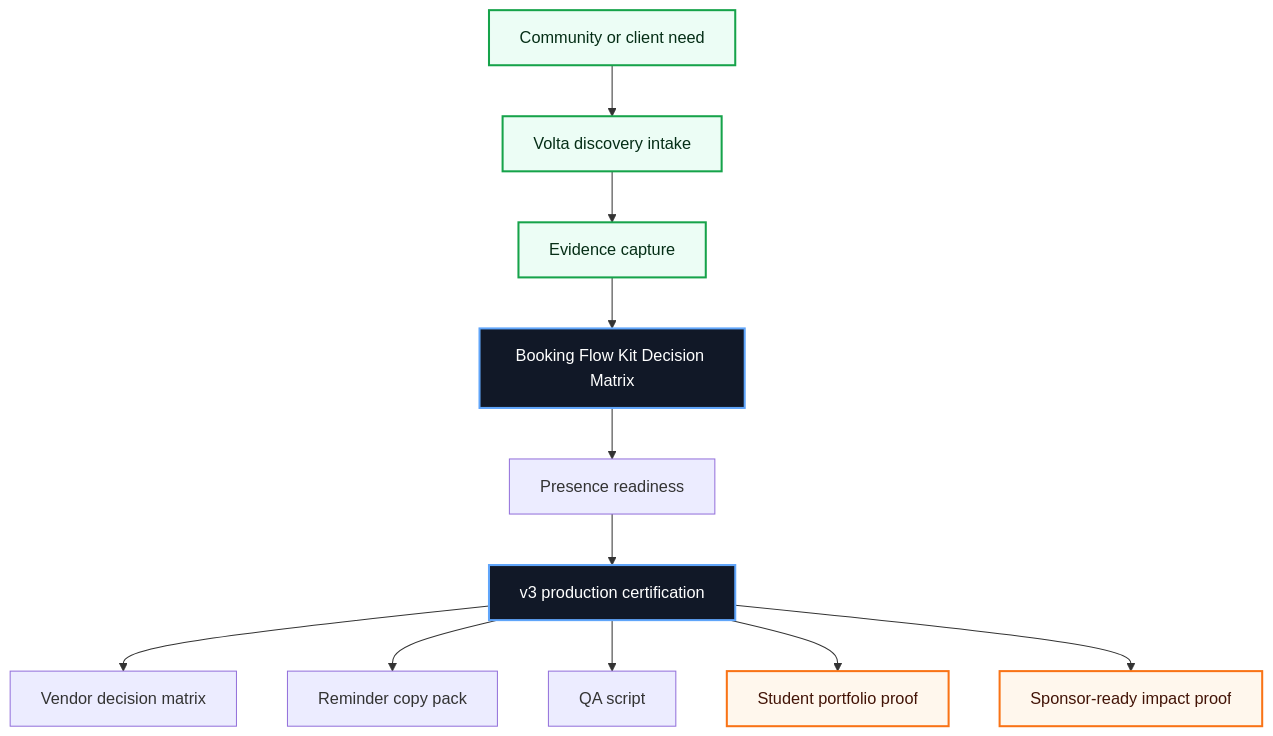
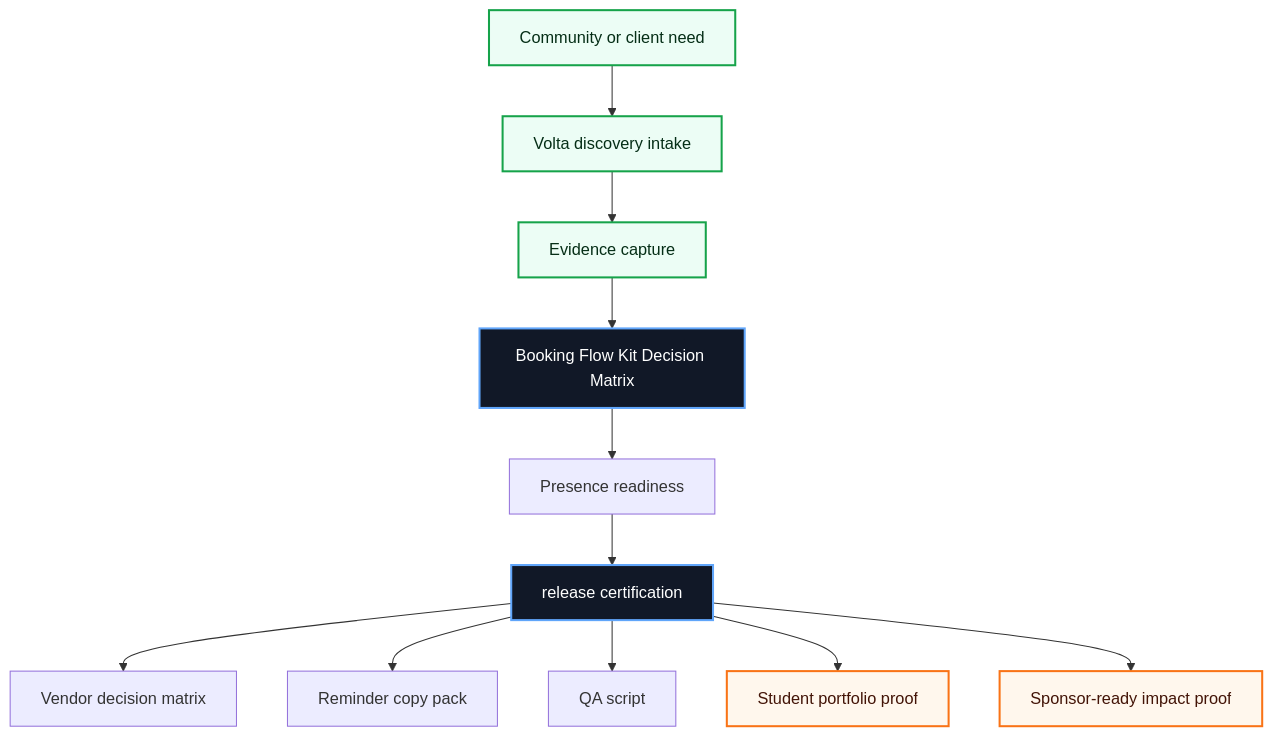
The first of 3 diagrams in README.md (volta-npo/booking-flow-kit), drawn with Mermaid before and after one commit. The commit also changed other lines of this file and 28 other files, not shown here.

````diff
--- a/README.md
+++ b/README.md
@@ -43,20 +43,20 @@
 ```mermaid
 flowchart TD
     Need["Community or client need"] --> Intake["Volta discovery intake"]
     Intake --> Evidence["Evidence capture"]
     Evidence --> Workbench["Booking Flow Kit Decision Matrix"]
     Workbench --> Score["Presence readiness"]
-    Score --> Cert["v3 production certification"]
+    Score --> Cert["release certification"]
     Cert --> A1["Vendor decision matrix"]
     Cert --> A2["Reminder copy pack"]
     Cert --> A3["QA script"]
     Cert --> Student["Student portfolio proof"]
     Cert --> Sponsor["Sponsor-ready impact proof"]
 
     classDef volta fill:#111827,stroke:#60a5fa,color:#ffffff,stroke-width:2px;
     classDef equity fill:#ecfdf5,stroke:#16a34a,color:#052e16,stroke-width:2px;
     classDef proof fill:#fff7ed,stroke:#f97316,color:#431407,stroke-width:2px;
     class Workbench,Cert volta;
     class Need,Intake,Evidence equity;
     class Student,Sponsor proof;
 ```
````
